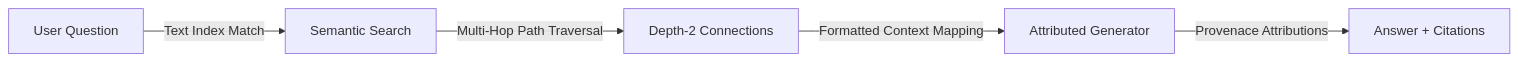
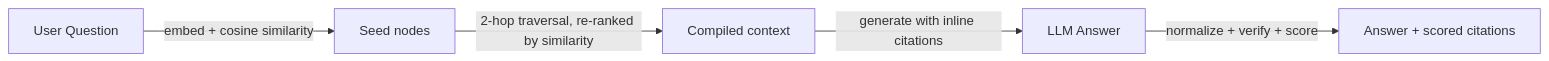
The second of 2 diagrams in README.md (Vansh07Gupta/Sourcely), drawn with Mermaid before and after one commit. The commit also changed other lines of this file and 13 other files, not shown here.

````diff
--- a/README.md
+++ b/README.md
@@ -72,7 +83,7 @@
 ```mermaid
 flowchart LR
-    Query[User Question] -->|Text Index Match| Search[Semantic Search]
-    Search -->|Multi-Hop Path Traversal| Expand[Depth-2 Connections]
-    Expand -->|Formatted Context Mapping| Gen[Attributed Generator]
-    Gen -->|Provenace Attributions| Out[Answer + Citations]
+    Query[User Question] -->|embed + cosine similarity| Seeds[Seed nodes]
+    Seeds -->|2-hop traversal, re-ranked by similarity| Context[Compiled context]
+    Context -->|generate with inline citations| Answer[LLM Answer]
+    Answer -->|normalize + verify + score| Out[Answer + scored citations]
 ```
````
